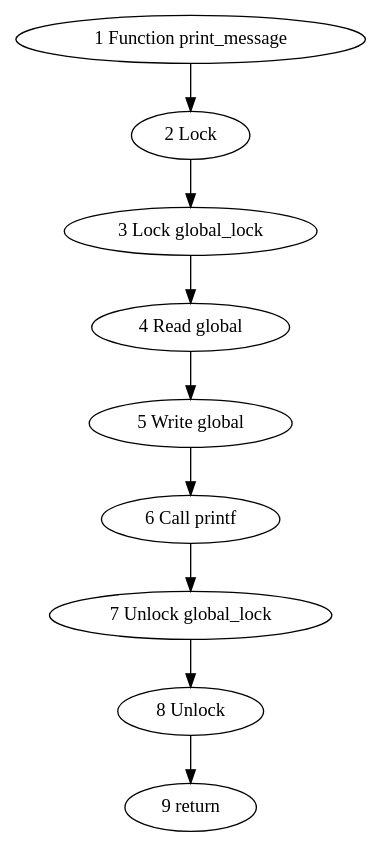
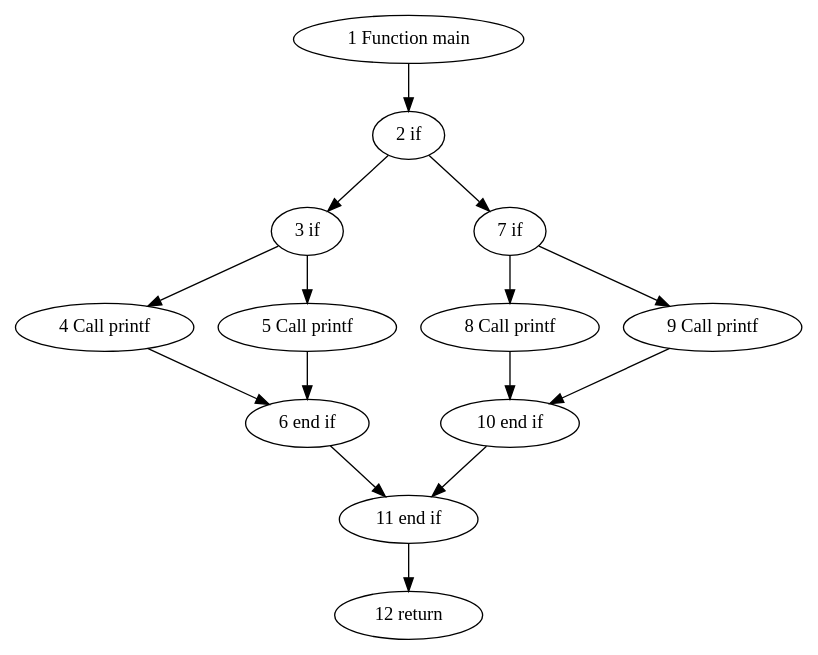
Before and after one commit to JudeHill/EraserStatic: the diagram in build/graph_1.dot, drawn with Graphviz. The commit also changed 4 other files, not shown here.

```diff
--- a/build/graph_1.dot
+++ b/build/graph_1.dot
@@ -1,19 +1,28 @@
 digraph G {
-  aiacqcbtir [label="1 Function print_message"];
-  wracqcbtir [label="2 Lock "];
-  ewacqcbtir [label="3 Lock global_lock"];
-  ghbcqcbtir [label="4 Read global"];
-  eebcqcbtir [label="5 Write global"];
-  olbcqcbtir [label="6 Call printf"];
-  isbcqcbtir [label="7 Unlock global_lock"];
-  iaccqcbtir [label="8 Unlock "];
-  kxwbqcbtir [label="9 return"];
-  aiacqcbtir -> wracqcbtir;
-  wracqcbtir -> ewacqcbtir;
-  ewacqcbtir -> ghbcqcbtir;
-  ghbcqcbtir -> eebcqcbtir;
-  eebcqcbtir -> olbcqcbtir;
-  olbcqcbtir -> isbcqcbtir;
-  isbcqcbtir -> iaccqcbtir;
-  iaccqcbtir -> kxwbqcbtir;
+  aiorcbffir [label="1 Function main"];
+  slwrcbffir [label="2 if"];
+  wtzrcbffir [label="3 if"];
+  mksrcbffir [label="4 Call printf"];
+  otbscbffir [label="6 end if"];
+  ecqrcbffir [label="11 end if"];
+  aeqrcbffir [label="12 return"];
+  aobscbffir [label="5 Call printf"];
+  mybscbffir [label="7 if"];
+  kvbscbffir [label="8 Call printf"];
+  yicscbffir [label="10 end if"];
+  kdcscbffir [label="9 Call printf"];
+  aiorcbffir -> slwrcbffir;
+  slwrcbffir -> wtzrcbffir;
+  slwrcbffir -> mybscbffir;
+  wtzrcbffir -> mksrcbffir;
+  wtzrcbffir -> aobscbffir;
+  mksrcbffir -> otbscbffir;
+  otbscbffir -> ecqrcbffir;
+  ecqrcbffir -> aeqrcbffir;
+  aobscbffir -> otbscbffir;
+  mybscbffir -> kvbscbffir;
+  mybscbffir -> kdcscbffir;
+  kvbscbffir -> yicscbffir;
+  yicscbffir -> ecqrcbffir;
+  kdcscbffir -> yicscbffir;
 }
```
